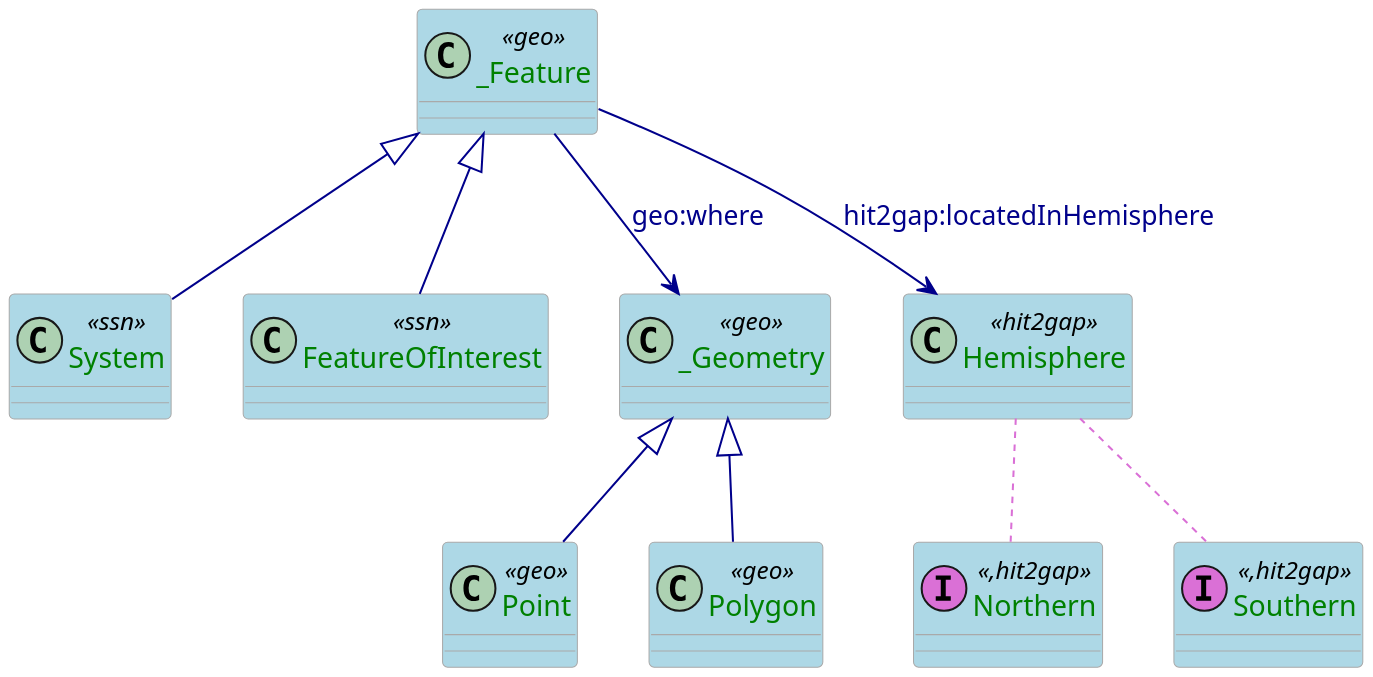
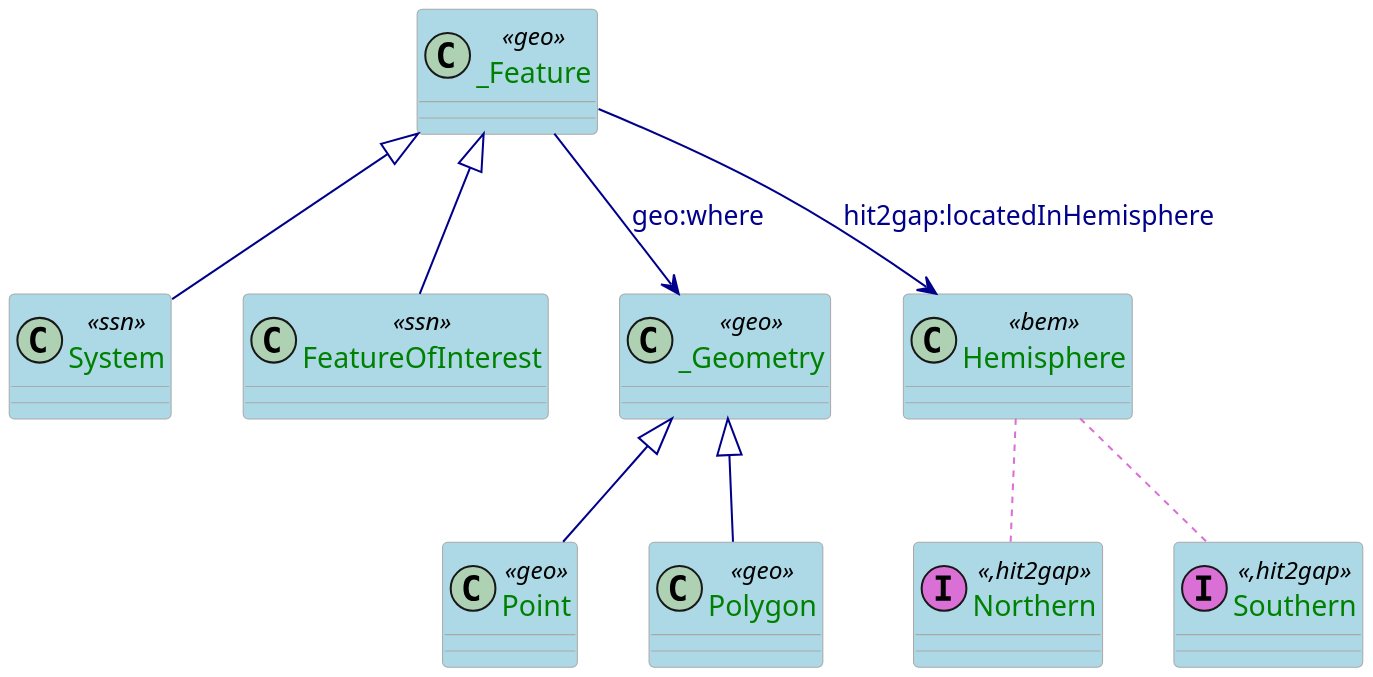
One commit to HIT2GAP-EU-PROJECT/BEMOnt changed the diagram in docs/_book/plantuml/geo.puml. Above: the diagram before and after it, drawn with PlantUML. The commit also changed 347 other files, not shown here.

Commit message:
Update: remove all references to the Hit2gap project, and replace with bemserver.

```diff
--- a/docs/_book/plantuml/geo.puml
+++ b/docs/_book/plantuml/geo.puml
@@ -1,50 +1,50 @@
 @startuml
 scale 0.7
 
 skinparam class {
   ArrowColor DarkBlue
   ArrowFontColor DarkBlue
   BackgroundColor LightBlue
   BorderColor DarkGrey
 }
 skinparam dpi 300
 skinparam stereotypeCBackgroundColor Wheat
 skinparam classAttributeFontColor  Green
 
 /'
  Definition of the classes referring the SSN-core part
 '/
 class System <<ssn>>
 class FeatureOfInterest <<ssn>>
 
 /'
   Definition of the Geo-core part
 '/
 class _Feature <<geo>>
 class _Geometry <<geo>>
 class Point <<geo>>
 class Polygon <<geo>>
-class Hemisphere <<hit2gap>>
+class Hemisphere <<bem>>
 class Northern <<(I,orchid),hit2gap>>
 class Southern <<(I,orchid),hit2gap>>
 
 
 /'
   Definition of the geospatial part using GeoOWL ontology
 '/
 
 _Feature --> _Geometry: geo:where
 _Geometry <|-- Point
 _Geometry <|-- Polygon
 
 _Feature <|-- FeatureOfInterest
 _Feature <|-- System
 
 _Feature --> Hemisphere: hit2gap:locatedInHemisphere
 
 Hemisphere ..[#orchid] Northern
 Hemisphere ..[#orchid] Southern
 
 
 
 @enduml
```
